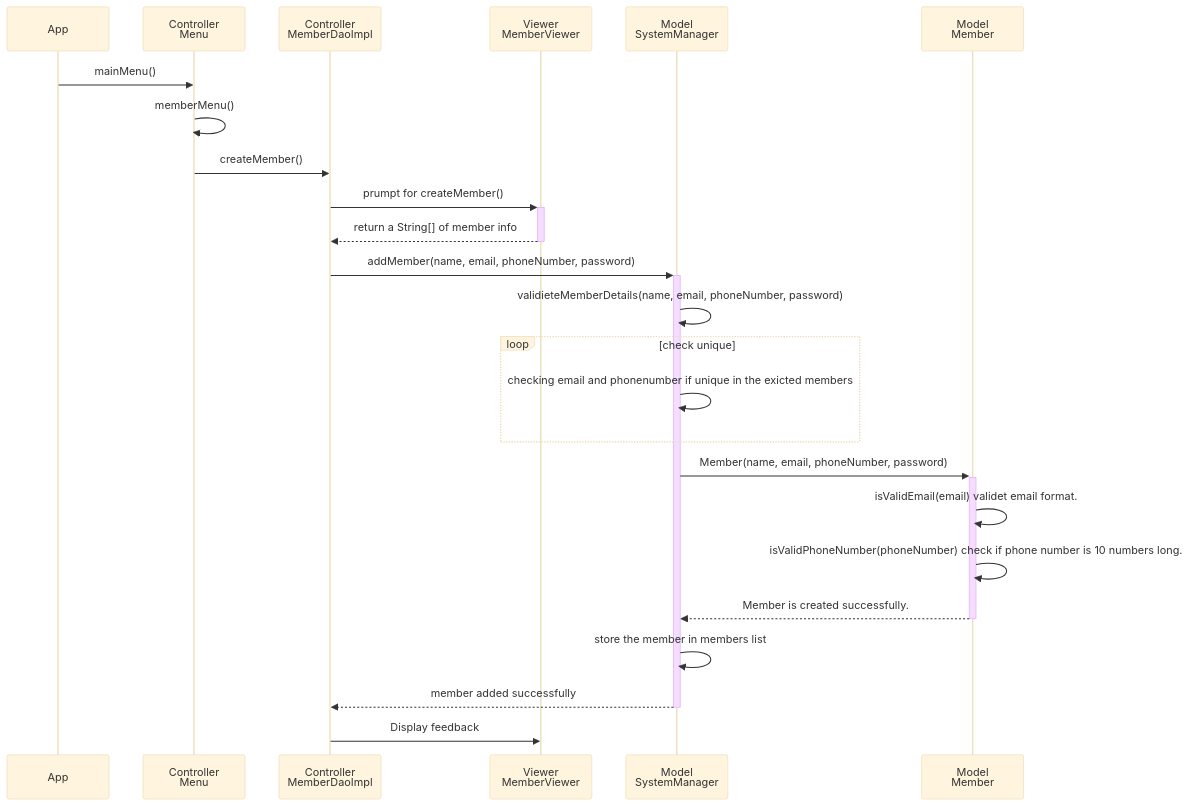
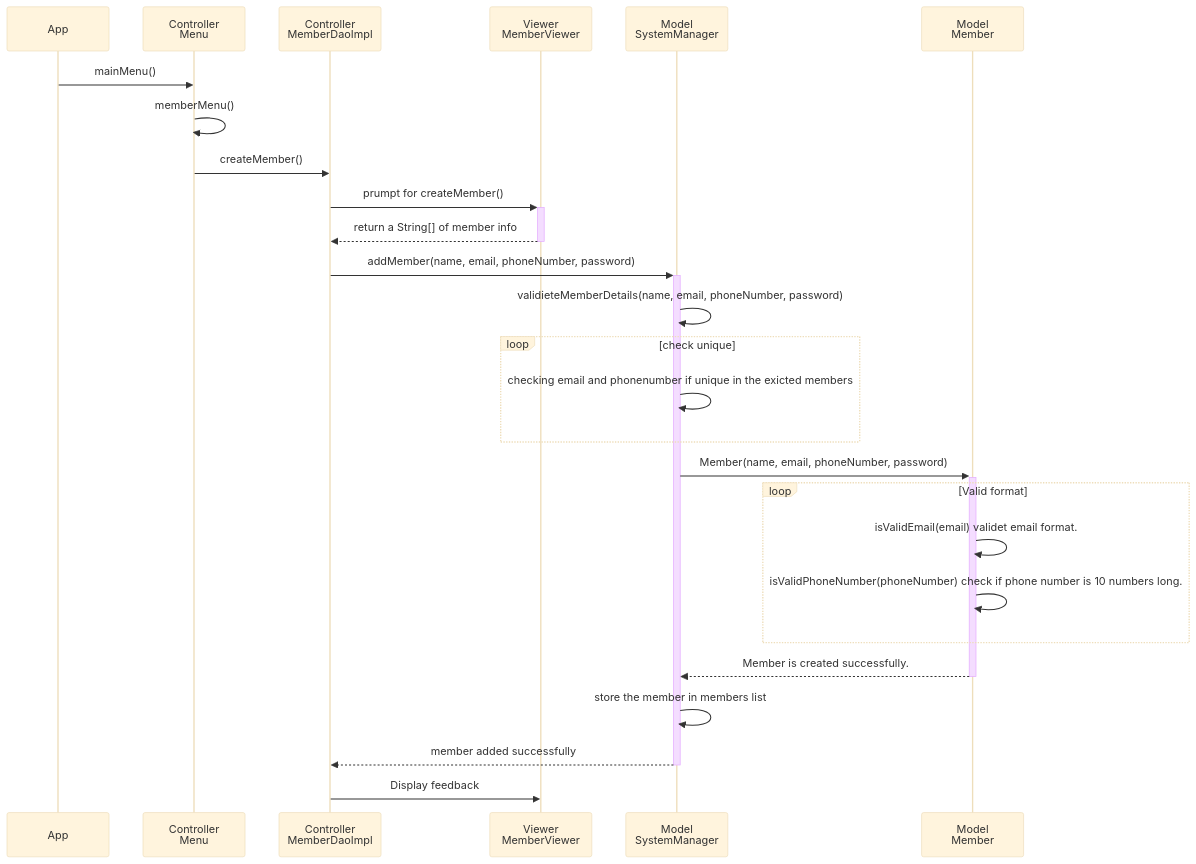
One commit to ashkar99/Stuff-Lending-System changed the fifth of 5 diagrams in design.md. Above: the diagram before and after it, drawn with Mermaid (base theme).

Commit message:
fixed sequence diagram

`````diff
--- a/design.md
+++ b/design.md
@@ -413,30 +413,32 @@
 ```mermaid
 sequenceDiagram
     participant App as App 
     participant Menu as Controller <br/> Menu
     participant MC as Controller <br/> MemberDaoImpl 
     participant MV as Viewer <br/> MemberViewer
     participant SM as  Model <br/> SystemManager
     participant M as Model <br/> Member
     
     %% Scenario: Add a new third member with user input and database interaction
     App->> Menu: mainMenu()
     Menu->>Menu: memberMenu()
     Menu->>MC: createMember()
     MC->>+MV: prumpt for createMember()
     MV-->>-MC: return a String[] of member info
     MC->>+SM: addMember(name, email, phoneNumber, password) 
     SM->>SM: validieteMemberDetails(name, email, phoneNumber, password) 
     loop check unique 
         SM->>SM: checking email and phonenumber if unique in the exicted members
     end
 
     SM->>+M: Member(name, email, phoneNumber, password)
-    M->>M: isValidEmail(email)  validet email format.
-    M->>M: isValidPhoneNumber(phoneNumber) check if phone number is 10 numbers long.
+    loop Valid format
+        M->>M: isValidEmail(email)  validet email format.
+        M->>M: isValidPhoneNumber(phoneNumber) check if phone number is 10 numbers long.
+    end
     M-->>-SM: Member is created successfully.
     SM->>SM: store the member in members list
     SM-->>-MC: member added successfully
     MC->>MV: Display feedback
 
 ````
`````
